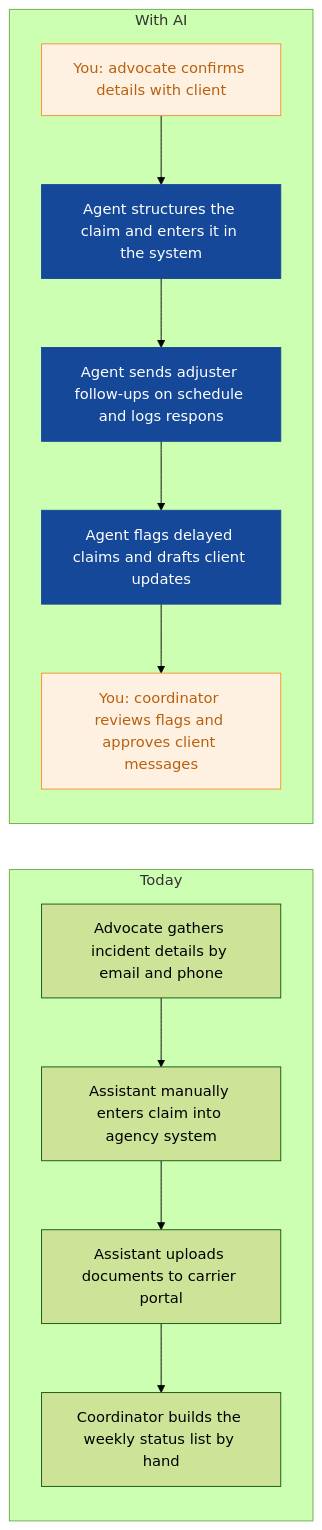
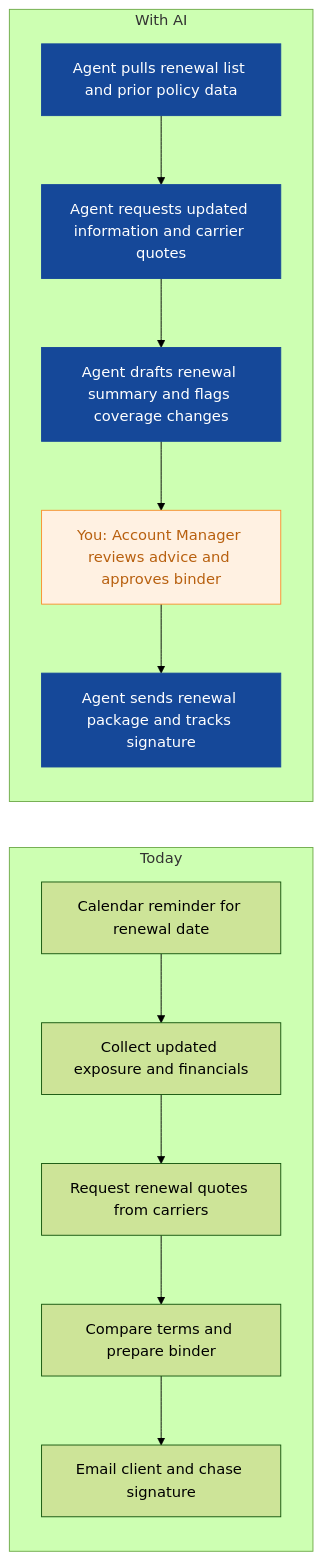
One commit to nexibeo/Complete-AI-Strategy changed the fourth of 9 diagrams in strategies/clearpath-insurance-brokers.md. Above: the diagram before and after it, drawn with Mermaid (forest theme). The commit also changed other lines of this file and 26 other files, not shown here.

````diff
--- a/strategies/clearpath-insurance-brokers.md
+++ b/strategies/clearpath-insurance-brokers.md
@@ -132,22 +140,23 @@
 ```mermaid
 flowchart LR
   subgraph Today
-    B0["Advocate gathers incident details by email and phone"]
-    B1["Assistant manually enters claim into agency system"]
-    B2["Assistant uploads documents to carrier portal"]
-    B3["Coordinator builds the weekly status list by hand"]
-    B0 --> B1 --> B2 --> B3
+    B0["Calendar reminder for renewal date"]
+    B1["Collect updated exposure and financials"]
+    B2["Request renewal quotes from carriers"]
+    B3["Compare terms and prepare binder"]
+    B4["Email client and chase signature"]
+    B0 --> B1 --> B2 --> B3 --> B4
   end
   subgraph WithAI[With AI]
-    A0["You: advocate confirms details with client"]
-    A1["Agent structures the claim and enters it in the system"]
-    A2["Agent sends adjuster follow-ups on schedule and logs respons"]
-    A3["Agent flags delayed claims and drafts client updates"]
-    A4["You: coordinator reviews flags and approves client messages"]
+    A0["Agent pulls renewal list and prior policy data"]
+    A1["Agent requests updated information and carrier quotes"]
+    A2["Agent drafts renewal summary and flags coverage changes"]
+    A3["You: Account Manager reviews advice and approves binder"]
+    A4["Agent sends renewal package and tracks signature"]
     A0 --> A1 --> A2 --> A3 --> A4
   end
   classDef ai fill:#154899,color:#fff,stroke:#154899
   classDef human fill:#FFF1E2,color:#B8600F,stroke:#F98F2C
-  class A1,A2,A3 ai
-  class A0,A4 human
+  class A0,A1,A2,A4 ai
+  class A3 human
 ```
````
